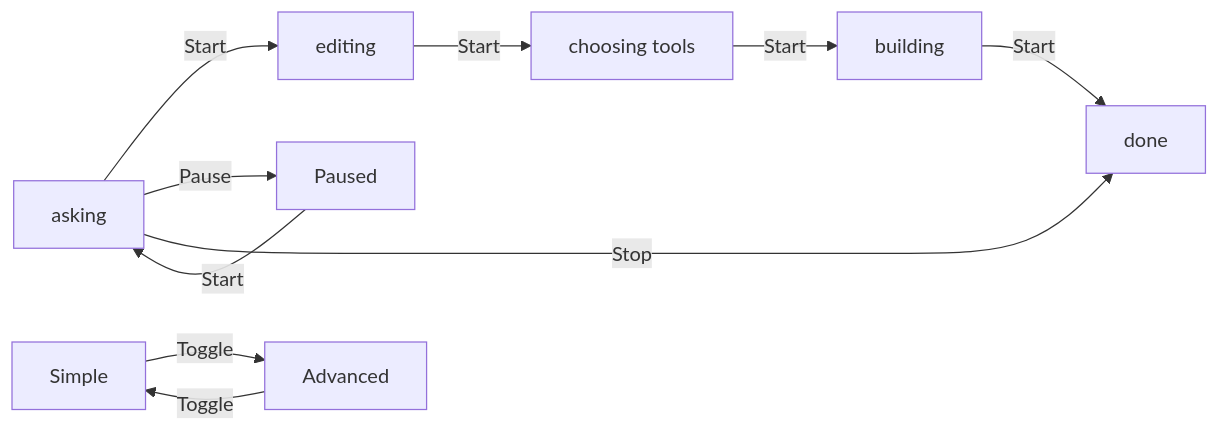
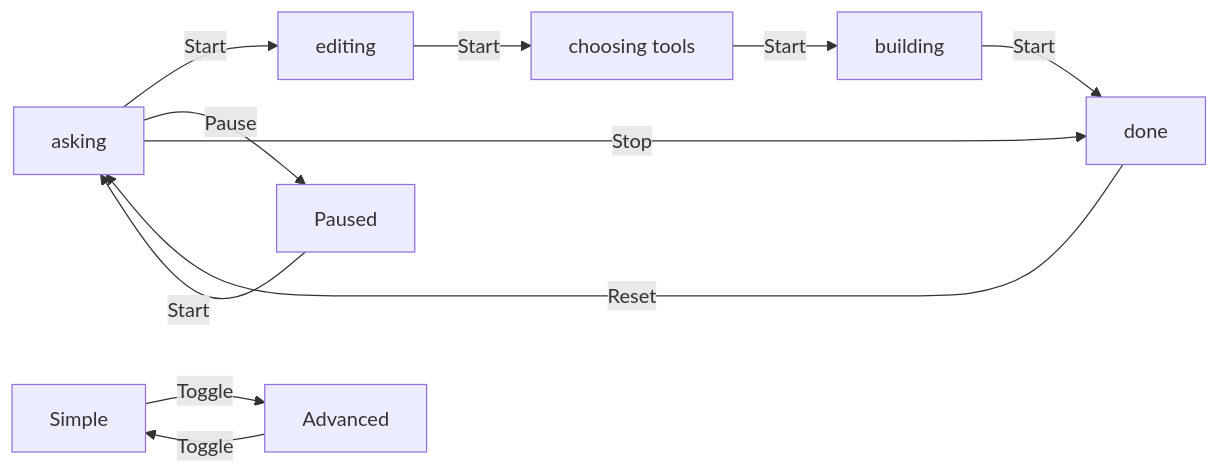
The second of 2 diagrams in docs/ARCHITECTURE-LAYERS.md (p10ns11y/visualizer), drawn with Mermaid before and after one commit. The commit also changed other lines of this file and 47 other files, not shown here.

````diff
--- a/docs/ARCHITECTURE-LAYERS.md
+++ b/docs/ARCHITECTURE-LAYERS.md
@@ -10,12 +11,13 @@
 ```mermaid
 flowchart LR
   asking -->|Start| editing
   editing -->|Start| choosingTools[choosing tools]
   choosingTools -->|Start| building
   building -->|Start| doneStage[done]
+  doneStage -->|Reset| asking
   asking -->|Pause| paused[Paused]
   paused -->|Start| asking
   asking -->|Stop| doneStage
   simpleMode[Simple] -->|Toggle| advancedMode[Advanced]
   advancedMode -->|Toggle| simpleMode
 ```
````
